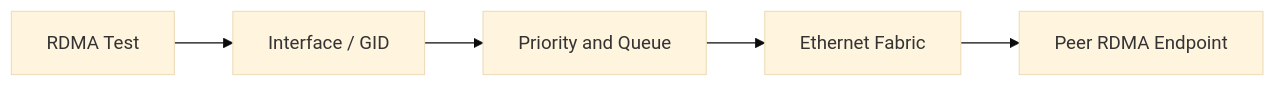
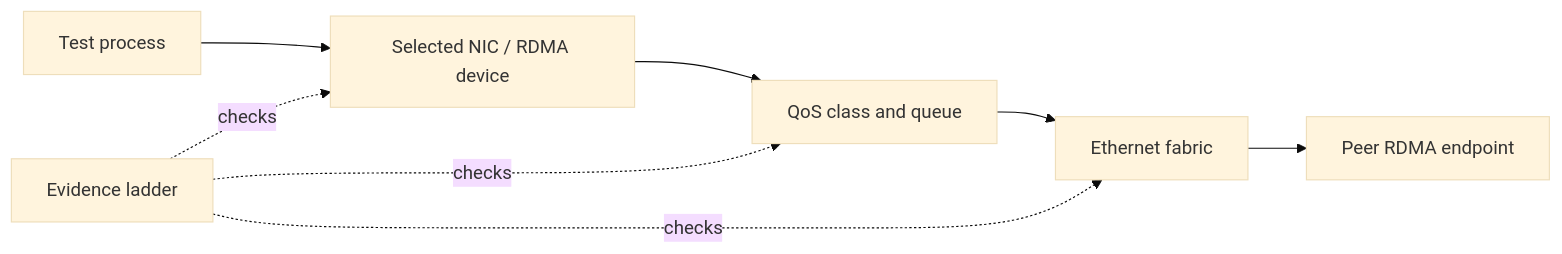
One commit to jithinpnjm/nvidia-devops changed the diagram in docs/nvidia-zero-to-hero/volume-09/labs/lab-04-troubleshoot-a-roce-path.md. Above: the diagram before and after it, drawn with Mermaid (base theme). The commit also changed other lines of this file and 3 other files, not shown here.

````diff
--- a/docs/nvidia-zero-to-hero/volume-09/labs/lab-04-troubleshoot-a-roce-path.md
+++ b/docs/nvidia-zero-to-hero/volume-09/labs/lab-04-troubleshoot-a-roce-path.md
@@ -31,7 +31,10 @@
 ```mermaid
 flowchart LR
-    App[RDMA Test] --> GID[Interface / GID]
-    GID --> QoS[Priority and Queue]
-    QoS --> Fabric[Ethernet Fabric]
-    Fabric --> Peer[Peer RDMA Endpoint]
+    T[Test process] --> D[Selected NIC / RDMA device]
+    D --> Q[QoS class and queue]
+    Q --> F[Ethernet fabric]
+    F --> P[Peer RDMA endpoint]
+    E[Evidence ladder] -. checks .-> D
+    E -. checks .-> Q
+    E -. checks .-> F
 ```
````
